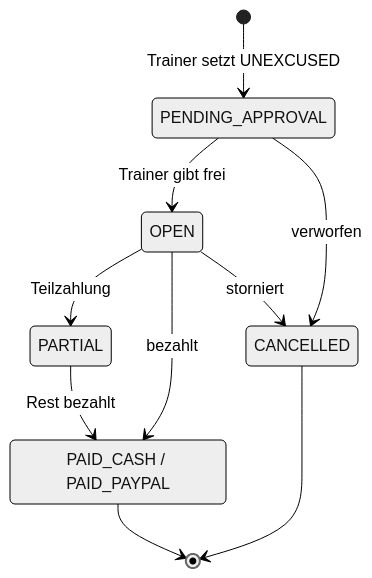
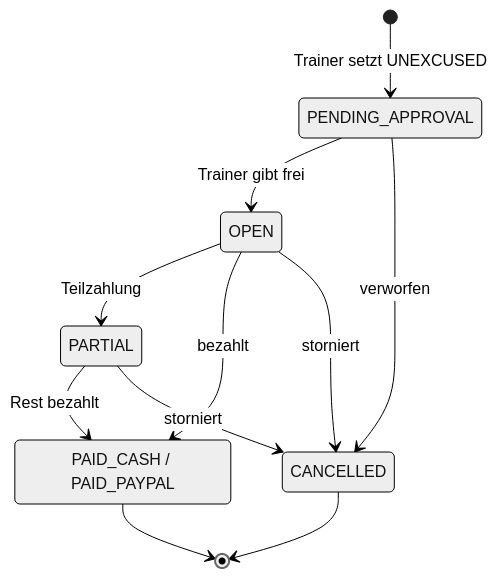
The third of 4 diagrams in docs/architektur/sequenz-pen-02.md (squadhq-team/squadhq-team), drawn with Mermaid (neutral theme) before and after one commit. The commit also changed other lines of this file and 14 other files, not shown here.

First line of the commit message:
Diagramme nach P3-Feedback: konkrete Komponenten, Schichten und Diagramme stimmig

````diff
--- a/docs/architektur/sequenz-pen-02.md
+++ b/docs/architektur/sequenz-pen-02.md
@@ -103,13 +122,14 @@
 ```mermaid
 stateDiagram-v2
   state "PAID_CASH / PAID_PAYPAL" as PAID
   [*] --> PENDING_APPROVAL: Trainer setzt UNEXCUSED
   PENDING_APPROVAL --> OPEN: Trainer gibt frei
   OPEN --> PARTIAL: Teilzahlung
   OPEN --> PAID: bezahlt
   PARTIAL --> PAID: Rest bezahlt
   PENDING_APPROVAL --> CANCELLED: verworfen
   OPEN --> CANCELLED: storniert
+  PARTIAL --> CANCELLED: storniert
   PAID --> [*]
   CANCELLED --> [*]
 ```
````
